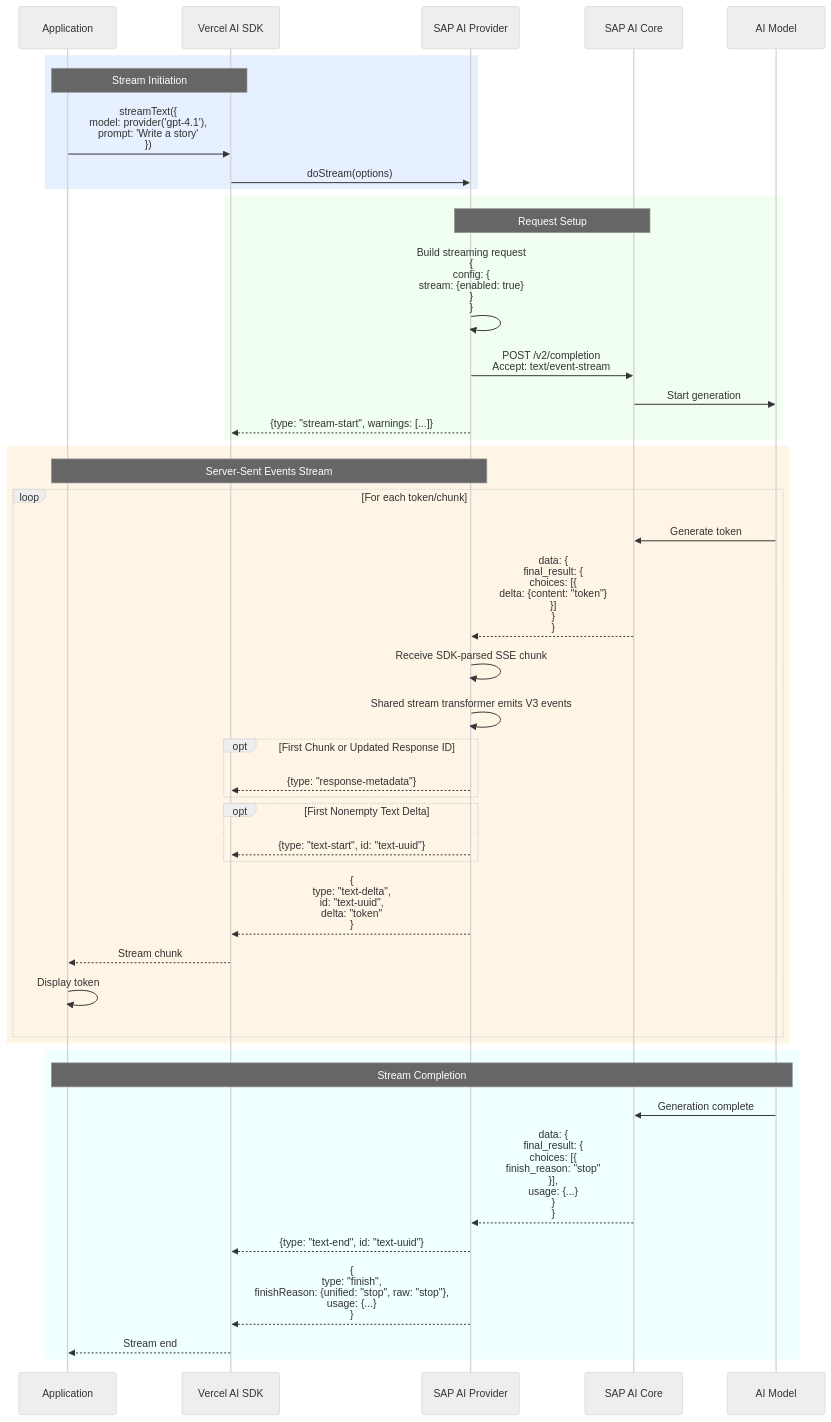
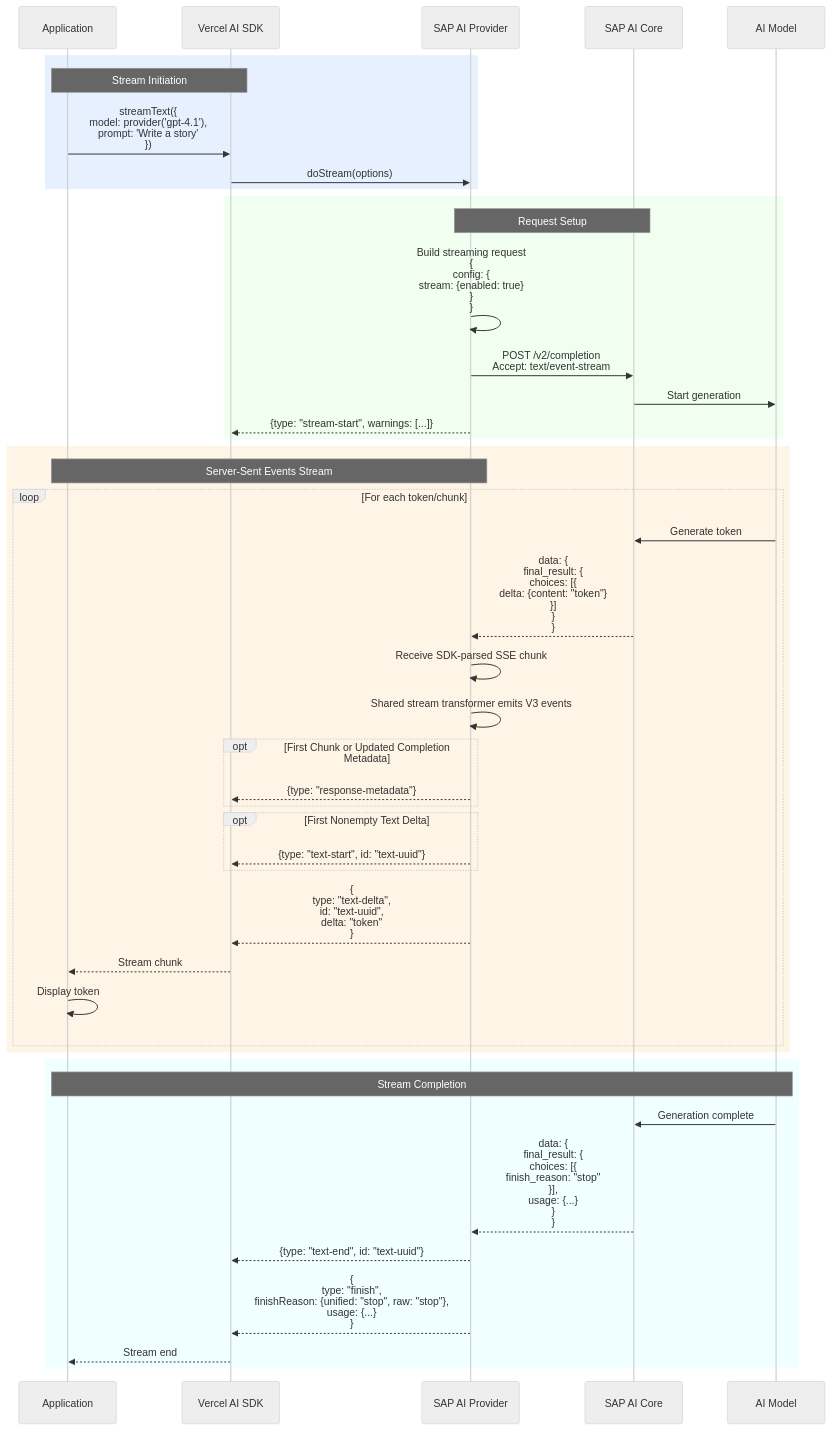
One commit to jerome-benoit/sap-ai-provider changed the fifth of 11 diagrams in ARCHITECTURE.md. Above: the diagram before and after it, drawn with Mermaid (neutral theme). The commit also changed other lines of this file and 38 other files, not shown here.

````diff
--- a/ARCHITECTURE.md
+++ b/ARCHITECTURE.md
@@ -460,52 +460,52 @@
 ```mermaid
 sequenceDiagram
     participant App as Application
     participant SDK as Vercel AI SDK
     participant Provider as SAP AI Provider
     participant SAP as SAP AI Core
     participant Model as AI Model
 
     rect rgb(230, 240, 255)
         Note over App,SDK: Stream Initiation
         App->>SDK: streamText({<br/>  model: provider('gpt-4.1'),<br/>  prompt: 'Write a story'<br/>})
         SDK->>Provider: doStream(options)
     end
 
     rect rgb(240, 255, 240)
         Note over Provider,SAP: Request Setup
         Provider->>Provider: Build streaming request<br/>{<br/>  config: {<br/>    stream: {enabled: true}<br/>  }<br/>}
         Provider->>SAP: POST /v2/completion<br/>Accept: text/event-stream
         SAP->>Model: Start generation
         Provider-->>SDK: {type: "stream-start", warnings: [...]}
     end
 
     rect rgb(255, 245, 230)
         Note over Provider,App: Server-Sent Events Stream
         loop For each token/chunk
             Model->>SAP: Generate token
             SAP-->>Provider: data: {<br/>  final_result: {<br/>    choices: [{<br/>      delta: {content: "token"}<br/>    }]<br/>  }<br/>}
             Provider->>Provider: Receive SDK-parsed SSE chunk
             Provider->>Provider: Shared stream transformer emits V3 events
 
-            opt First Chunk or Updated Response ID
+            opt First Chunk or Updated Completion Metadata
                 Provider-->>SDK: {type: "response-metadata"}
             end
             opt First Nonempty Text Delta
                 Provider-->>SDK: {type: "text-start", id: "text-uuid"}
             end
 
             Provider-->>SDK: {<br/>  type: "text-delta",<br/>  id: "text-uuid",<br/>  delta: "token"<br/>}
             SDK-->>App: Stream chunk
             App->>App: Display token
         end
     end
 
     rect rgb(240, 255, 255)
         Note over Model,App: Stream Completion
         Model->>SAP: Generation complete
         SAP-->>Provider: data: {<br/>  final_result: {<br/>    choices: [{<br/>      finish_reason: "stop"<br/>    }],<br/>    usage: {...}<br/>  }<br/>}
         Provider-->>SDK: {type: "text-end", id: "text-uuid"}
         Provider-->>SDK: {<br/>  type: "finish",<br/>  finishReason: {unified: "stop", raw: "stop"},<br/>  usage: {...}<br/>}
         SDK-->>App: Stream end
     end
 ```
````
